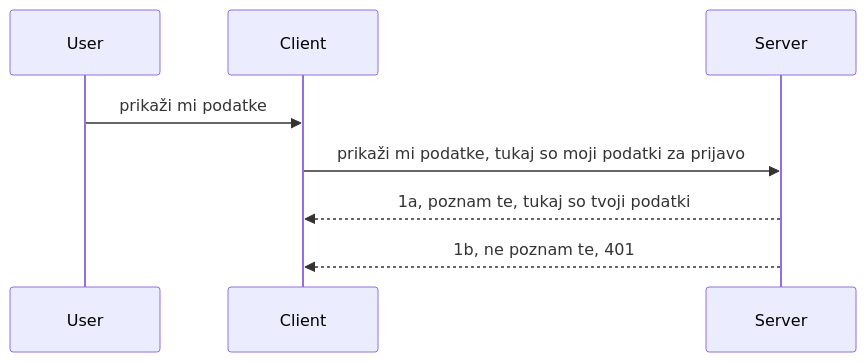
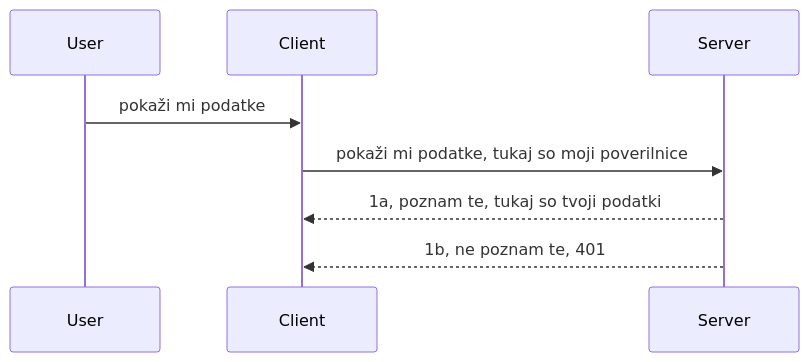
One commit to HIDORAKAI002/ai-workspace-archive changed the diagram in mcp_ecosystem__model_context_protocol/mcp_learning_resources/mcp-for-beginners/translations/sl/03-GettingStarted/11-simple-auth/README.md. Above: the diagram before and after it, drawn with Mermaid. The commit also changed other lines of this file and 1160 other files, not shown here.

````diff
--- a/mcp_ecosystem__model_context_protocol/mcp_learning_resources/mcp-for-beginners/translations/sl/03-GettingStarted/11-simple-auth/README.md
+++ b/mcp_ecosystem__model_context_protocol/mcp_learning_resources/mcp-for-beginners/translations/sl/03-GettingStarted/11-simple-auth/README.md
@@ -24,11 +24,11 @@
 ```mermaid
 sequenceDiagram
    participant User
    participant Client
    participant Server
 
-   User->>Client: prikaži mi podatke
-   Client->>Server: prikaži mi podatke, tukaj so moji podatki za prijavo
+   User->>Client: pokaži mi podatke
+   Client->>Server: pokaži mi podatke, tukaj so moji poverilnice
    Server-->>Client: 1a, poznam te, tukaj so tvoji podatki
    Server-->>Client: 1b, ne poznam te, 401 
 ```
````
